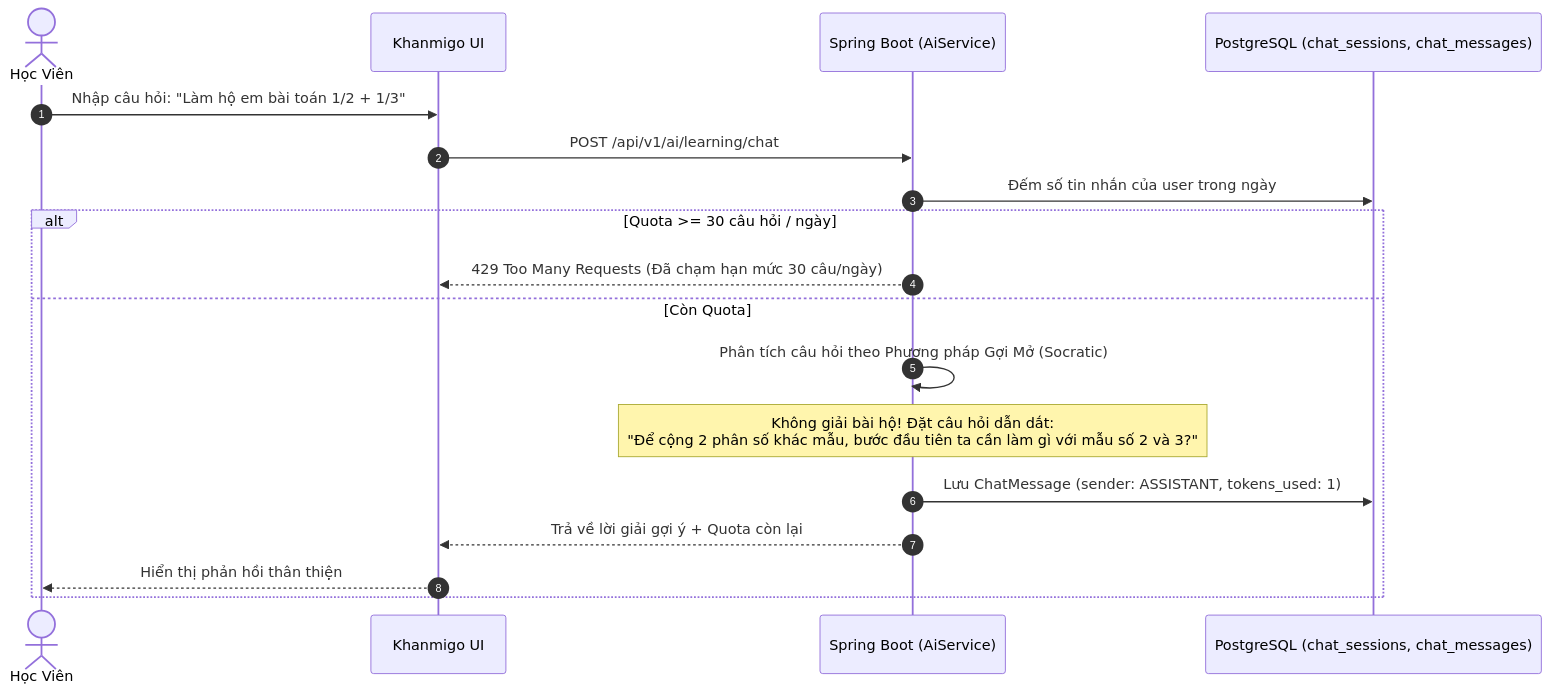
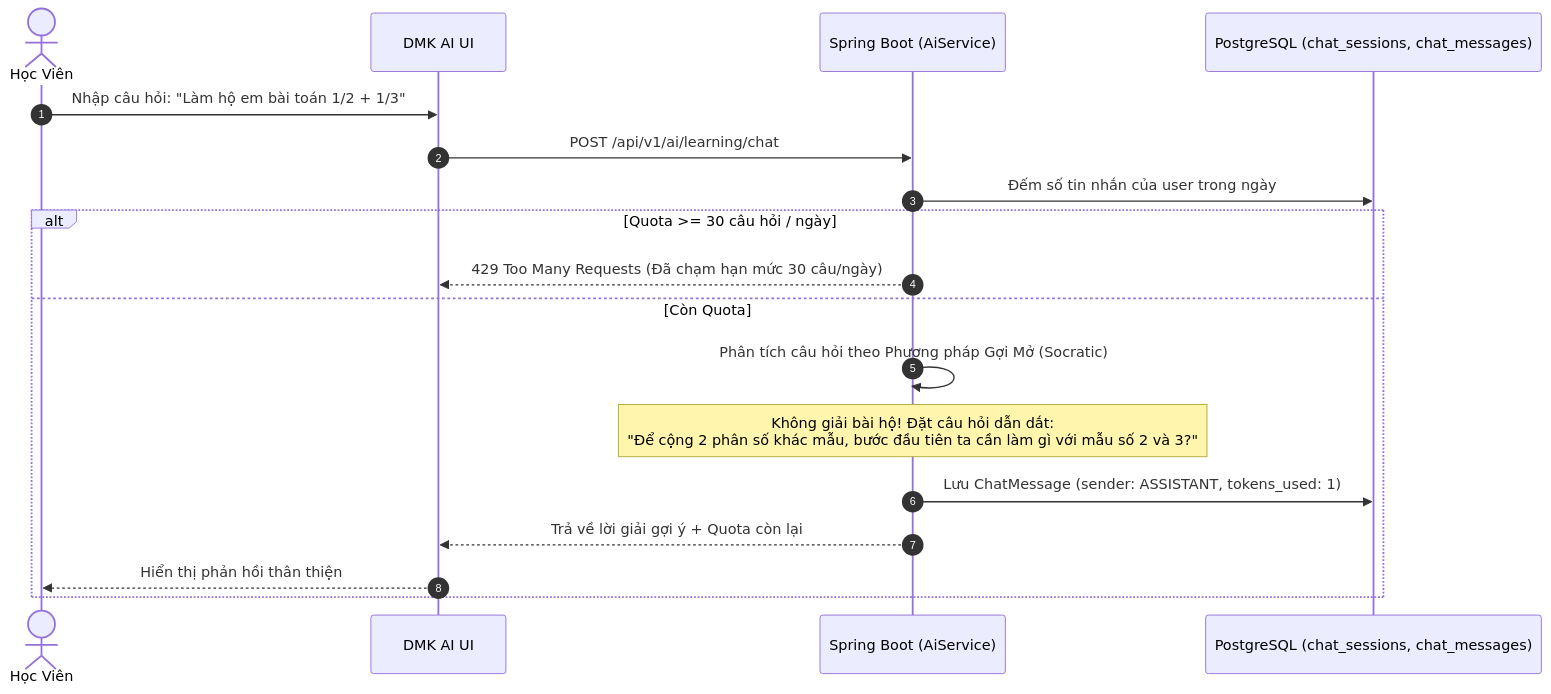
One commit to huywashere/DMKLab-Education changed the fourth of 6 diagrams in ARCHITECTURE.md. Above: the diagram before and after it, drawn with Mermaid. The commit also changed other lines of this file and 19 other files, not shown here.

````diff
--- a/ARCHITECTURE.md
+++ b/ARCHITECTURE.md
@@ -208,21 +208,21 @@
 ```mermaid
 sequenceDiagram
     autonumber
     actor HọcViên as Học Viên
-    participant Bot as Khanmigo UI
+    participant Bot as DMK AI UI
     participant AIService as Spring Boot (AiService)
     participant DB as PostgreSQL (chat_sessions, chat_messages)
 
     HọcViên ->> Bot: Nhập câu hỏi: "Làm hộ em bài toán 1/2 + 1/3"
     Bot ->> AIService: POST /api/v1/ai/learning/chat
     AIService ->> DB: Đếm số tin nhắn của user trong ngày
     alt Quota >= 30 câu hỏi / ngày
         AIService -->> Bot: 429 Too Many Requests (Đã chạm hạn mức 30 câu/ngày)
     else Còn Quota
         AIService ->> AIService: Phân tích câu hỏi theo Phương pháp Gợi Mở (Socratic)
         Note over AIService: Không giải bài hộ! Đặt câu hỏi dẫn dắt:<br/>"Để cộng 2 phân số khác mẫu, bước đầu tiên ta cần làm gì với mẫu số 2 và 3?"
         AIService ->> DB: Lưu ChatMessage (sender: ASSISTANT, tokens_used: 1)
         AIService -->> Bot: Trả về lời giải gợi ý + Quota còn lại
         Bot -->> HọcViên: Hiển thị phản hồi thân thiện
     end
 ```
````
